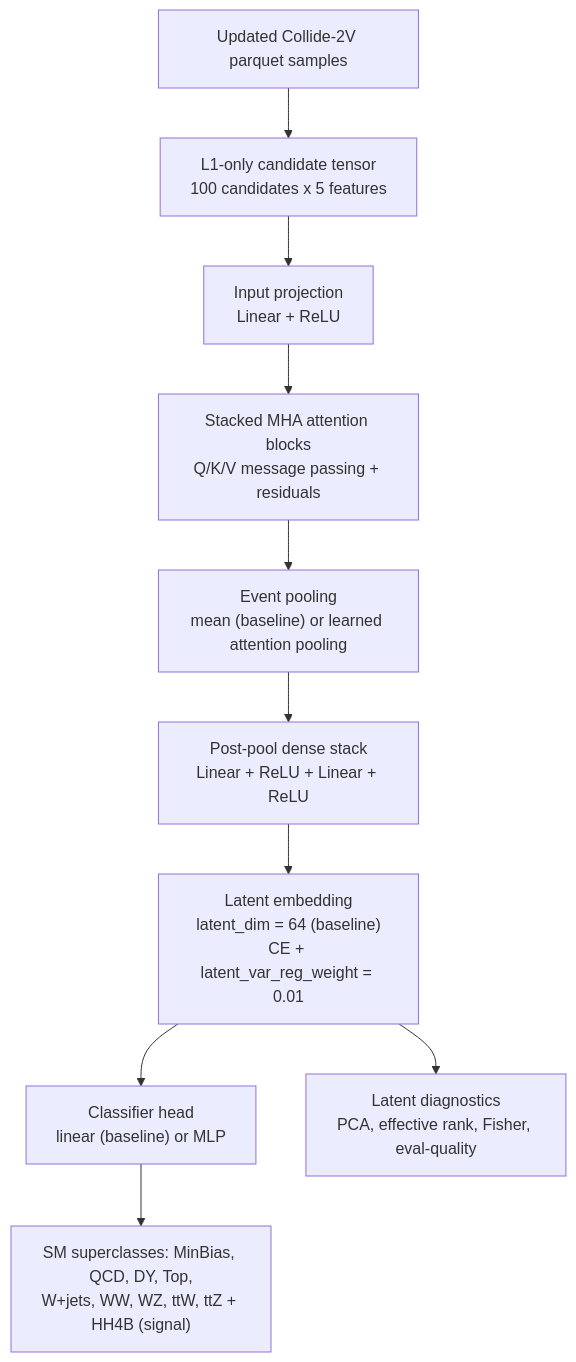
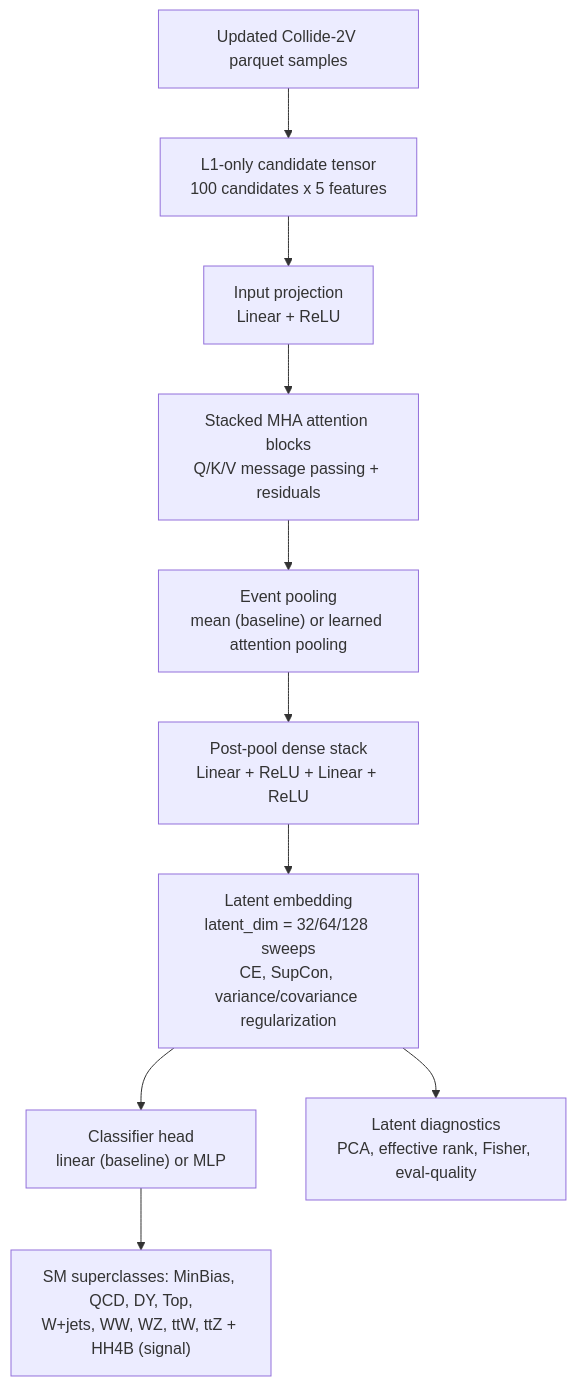
One commit to imstefleon/NGT-WP3-Representation-Learning-LHC-Triggers changed the diagram in README.md. Above: the diagram before and after it, drawn with Mermaid. The commit also changed other lines of this file, not shown here.

````diff
--- a/README.md
+++ b/README.md
@@ -75,12 +80,12 @@
 ```mermaid
 flowchart TD
     A["Updated Collide-2V parquet samples"] --> B["L1-only candidate tensor<br/>100 candidates x 5 features"]
     B --> C["Input projection<br/>Linear + ReLU"]
     C --> D["Stacked MHA attention blocks<br/>Q/K/V message passing + residuals"]
     D --> E["Event pooling<br/>mean (baseline) or learned attention pooling"]
     E --> F["Post-pool dense stack<br/>Linear + ReLU + Linear + ReLU"]
-    F --> G["Latent embedding<br/>latent_dim = 64 (baseline)<br/>CE + latent_var_reg_weight = 0.01"]
+    F --> G["Latent embedding<br/>latent_dim = 32/64/128 sweeps<br/>CE, SupCon, variance/covariance regularization"]
     G --> H["Classifier head<br/>linear (baseline) or MLP"]
     G --> I["Latent diagnostics<br/>PCA, effective rank, Fisher, eval-quality"]
     H --> J["SM superclasses: MinBias, QCD, DY, Top,<br/>W+jets, WW, WZ, ttW, ttZ + HH4B (signal)"]
 ```
````
